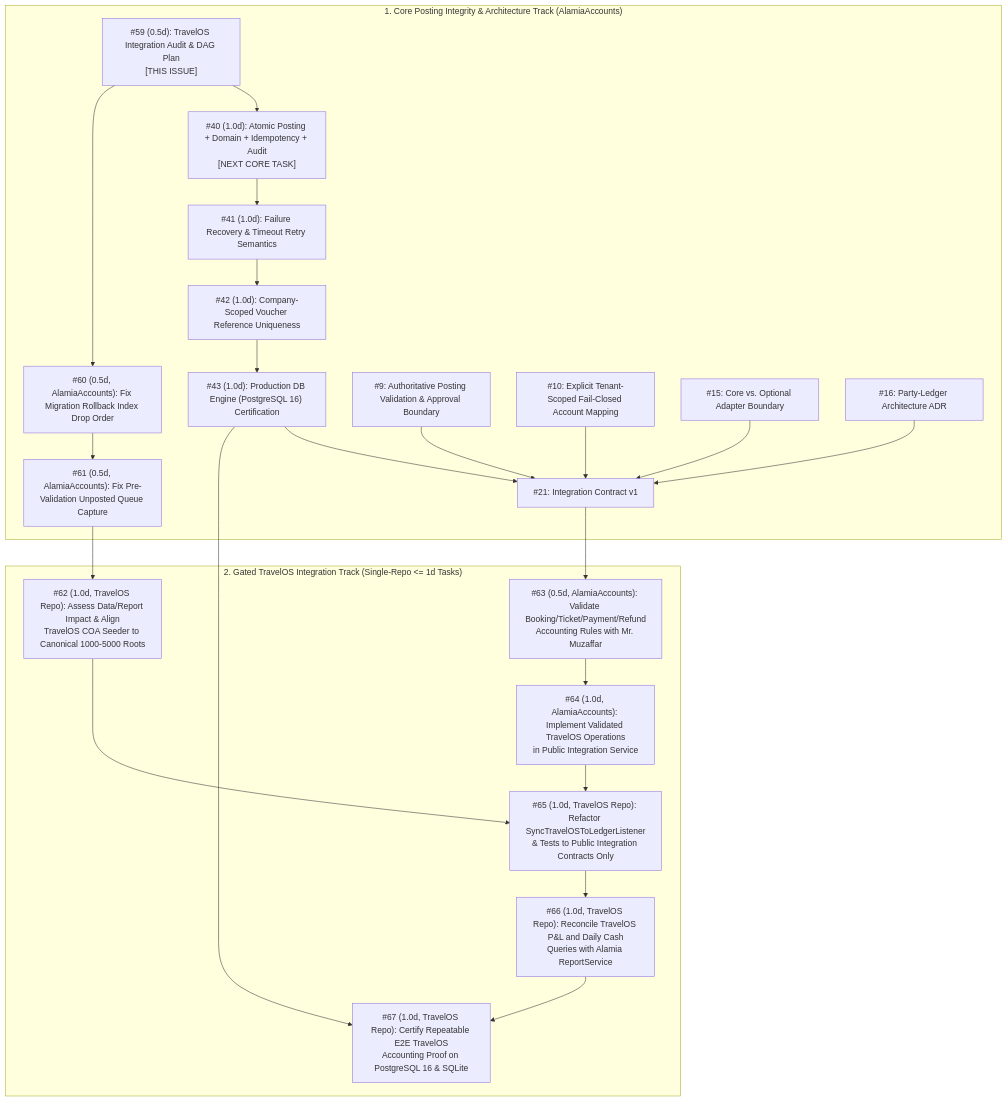
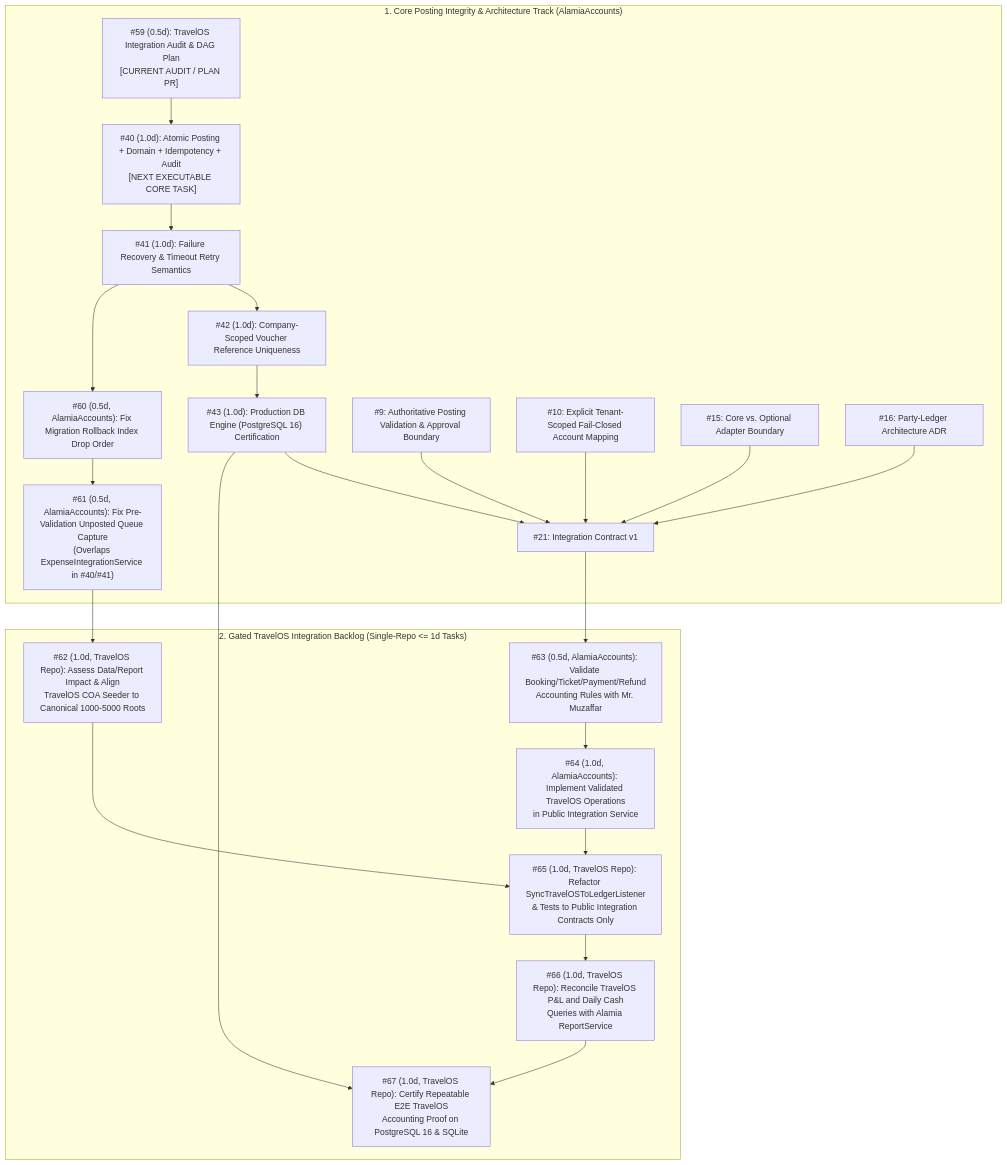
The diagram in docs/architecture/travelos-kamal-express-integration-audit.md (AlamiaSoft/AlamiaAccounts), drawn with Mermaid before and after one commit. The commit also changed other lines of this file and 2 other files, not shown here.

Commit message:
docs(integration): refine #60/#61 scheduling against #40/#41 and keep T-062 in_progress until merge

````diff
--- a/docs/architecture/travelos-kamal-express-integration-audit.md
+++ b/docs/architecture/travelos-kamal-express-integration-audit.md
@@ -182,37 +187,37 @@
 ```mermaid
 flowchart TD
     subgraph CoreTrack["1. Core Posting Integrity & Architecture Track (AlamiaAccounts)"]
-        I59["#59 (0.5d): TravelOS Integration Audit & DAG Plan\n[THIS ISSUE]"]
-        I40["#40 (1.0d): Atomic Posting + Domain + Idempotency + Audit\n[NEXT CORE TASK]"]
+        I59["#59 (0.5d): TravelOS Integration Audit & DAG Plan\n[CURRENT AUDIT / PLAN PR]"]
+        I40["#40 (1.0d): Atomic Posting + Domain + Idempotency + Audit\n[NEXT EXECUTABLE CORE TASK]"]
         I41["#41 (1.0d): Failure Recovery & Timeout Retry Semantics"]
         I42["#42 (1.0d): Company-Scoped Voucher Reference Uniqueness"]
         I43["#43 (1.0d): Production DB Engine (PostgreSQL 16) Certification"]
         I60["#60 (0.5d, AlamiaAccounts): Fix Migration Rollback Index Drop Order"]
-        I61["#61 (0.5d, AlamiaAccounts): Fix Pre-Validation Unposted Queue Capture"]
+        I61["#61 (0.5d, AlamiaAccounts): Fix Pre-Validation Unposted Queue Capture\n(Overlaps ExpenseIntegrationService in #40/#41)"]
         I9["#9: Authoritative Posting Validation & Approval Boundary"]
         I10["#10: Explicit Tenant-Scoped Fail-Closed Account Mapping"]
         I15["#15: Core vs. Optional Adapter Boundary"]
         I16["#16: Party-Ledger Architecture ADR"]
         I21["#21: Integration Contract v1"]
     end
 
-    subgraph TravelOSTrack["2. Gated TravelOS Integration Track (Single-Repo <= 1d Tasks)"]
+    subgraph TravelOSTrack["2. Gated TravelOS Integration Backlog (Single-Repo <= 1d Tasks)"]
         I62["#62 (1.0d, TravelOS Repo): Assess Data/Report Impact & Align\nTravelOS COA Seeder to Canonical 1000-5000 Roots"]
         I63["#63 (0.5d, AlamiaAccounts): Validate Booking/Ticket/Payment/Refund\nAccounting Rules with Mr. Muzaffar"]
         I64["#64 (1.0d, AlamiaAccounts): Implement Validated TravelOS Operations\nin Public Integration Service"]
         I65["#65 (1.0d, TravelOS Repo): Refactor SyncTravelOSToLedgerListener\n& Tests to Public Integration Contracts Only"]
         I66["#66 (1.0d, TravelOS Repo): Reconcile TravelOS P&L and Daily Cash\nQueries with Alamia ReportService"]
         I67["#67 (1.0d, TravelOS Repo): Certify Repeatable E2E TravelOS\nAccounting Proof on PostgreSQL 16 & SQLite"]
     end
 
     I59 --> I40 --> I41 --> I42 --> I43
-    I59 --> I60 --> I61 --> I62
+    I41 --> I60 --> I61 --> I62
     I43 --> I21
     I9 --> I21
     I10 --> I21
     I15 --> I21
     I16 --> I21
     I21 --> I63 --> I64 --> I65 --> I66 --> I67
     I62 --> I65
     I43 --> I67
 ```
````
